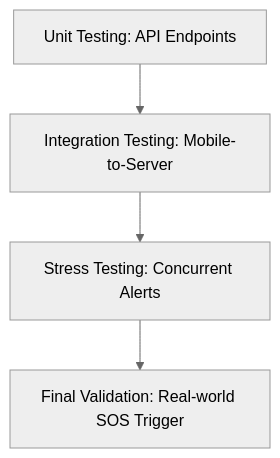
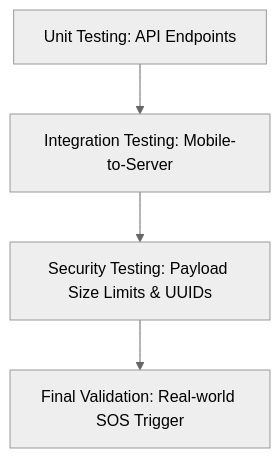
Before and after one commit to Kumar2029/Emergency-Alert-App: the fourth of 4 diagrams in Guardian_Elite_Final_Report.md, drawn with Mermaid (neutral theme). The commit also changed other lines of this file and 6 other files, not shown here.

````diff
--- a/Guardian_Elite_Final_Report.md
+++ b/Guardian_Elite_Final_Report.md
@@ -146,6 +142,6 @@
 ```mermaid
 graph TD
     T1[Unit Testing: API Endpoints] --> T2[Integration Testing: Mobile-to-Server]
-    T2 --> T3[Stress Testing: Concurrent Alerts]
+    T2 --> T3[Security Testing: Payload Size Limits & UUIDs]
     T3 --> T4[Final Validation: Real-world SOS Trigger]
 ```
````
